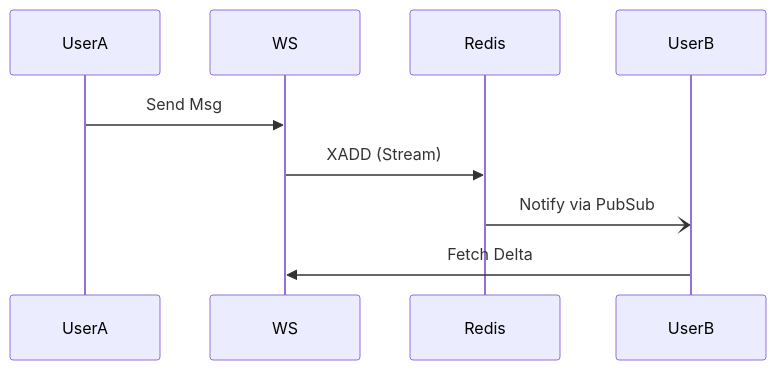
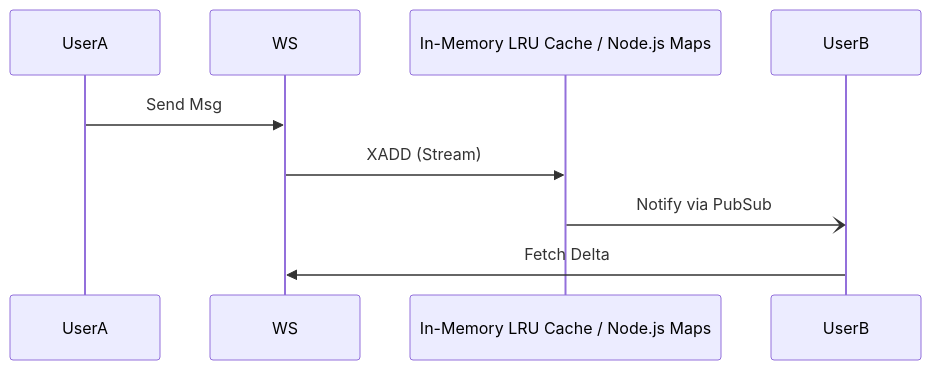
Before and after one commit to SumitDalavi/reliable-chat-messaging: the diagram in docs/architecture.md, drawn with Mermaid. The commit also changed other lines of this file and 5 other files, not shown here.

Commit message:
docs: update architecture and READMEs to reflect independent embedded microservices

````diff
--- a/docs/architecture.md
+++ b/docs/architecture.md
@@ -6,7 +6,7 @@
 ```mermaid
 sequenceDiagram
     UserA->>WS: Send Msg
-WS->>Redis: XADD (Stream)
-Redis-)UserB: Notify via PubSub
+WS->>In-Memory LRU Cache / Node.js Maps: XADD (Stream)
+In-Memory LRU Cache / Node.js Maps-)UserB: Notify via PubSub
 UserB->>WS: Fetch Delta
 ```
````
